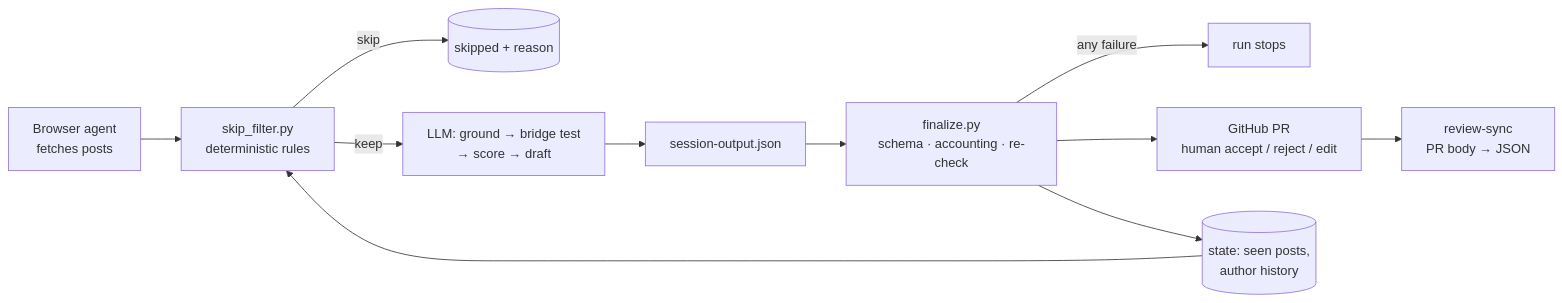
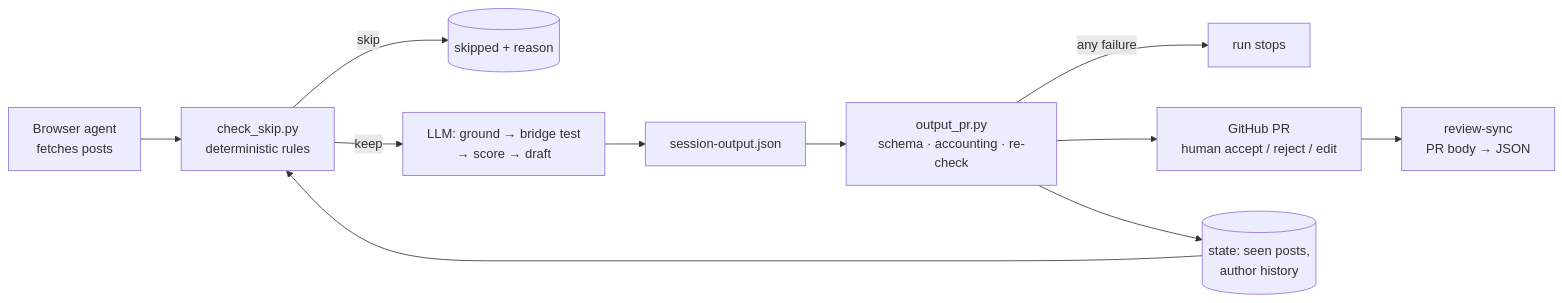
The diagram in README.md (jinsyl123/x-engagement-agent), drawn with Mermaid before and after one commit. The commit also changed other lines of this file and 5 other files, not shown here.

Commit message:
Rename modules to match the original: check_skip, output_pr

````diff
--- a/README.md
+++ b/README.md
@@ -13,13 +13,13 @@
 ```mermaid
 flowchart LR
-    A[Browser agent<br/>fetches posts] --> B[skip_filter.py<br/>deterministic rules]
+    A[Browser agent<br/>fetches posts] --> B[check_skip.py<br/>deterministic rules]
     B -->|skip| S[(skipped + reason)]
     B -->|keep| C[LLM: ground → bridge test<br/>→ score → draft]
     C --> D[session-output.json]
-    D --> E[finalize.py<br/>schema · accounting · re-check]
+    D --> E[output_pr.py<br/>schema · accounting · re-check]
     E -->|any failure| X[run stops]
     E --> F[GitHub PR<br/>human accept / reject / edit]
     F --> G[review-sync<br/>PR body → JSON]
     E --> M[(state: seen posts,<br/>author history)]
     M --> B
 ```
````
